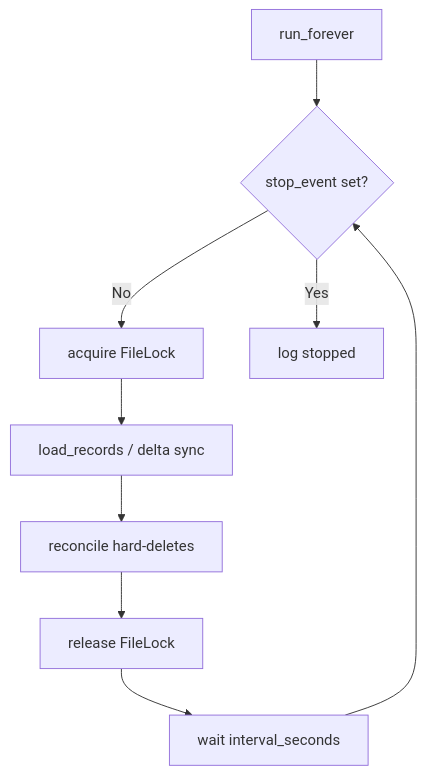
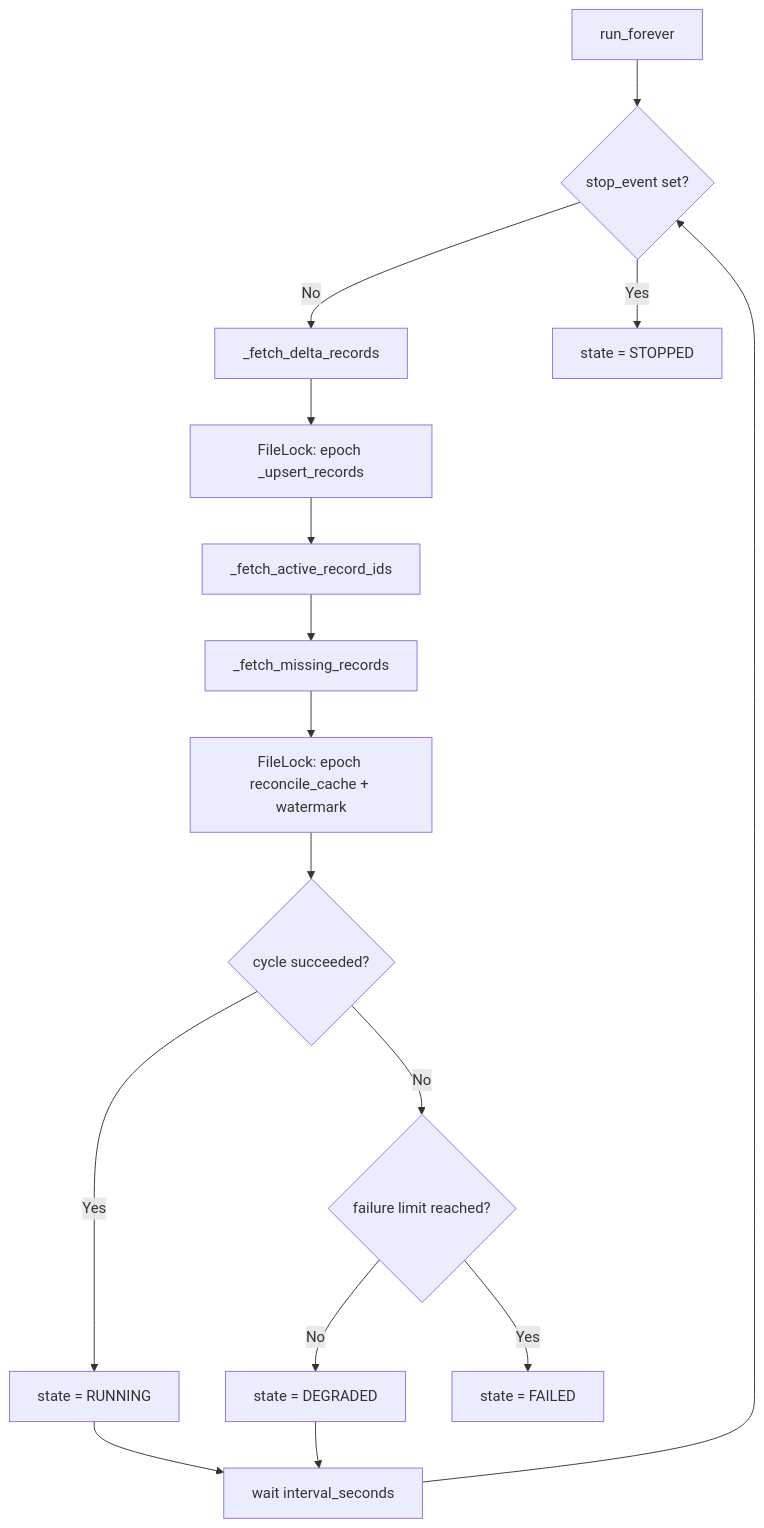
The diagram in docs/diagrams/workflow_interactions_12.mmd (fderuiter/imednet-toolkit), drawn with Mermaid before and after one commit. The commit also changed 10 other files, not shown here.

Commit message:
feat(workflows): add SQLite sync epoch state machine and SyncWorker lifecycle

```diff
--- a/docs/diagrams/workflow_interactions_12.mmd
+++ b/docs/diagrams/workflow_interactions_12.mmd
@@ -1,11 +1,18 @@
 graph TD
-    accTitle: Continuous Delta Sync and FileLock Reconciliation Loop
-    accDescr: Flowchart showing run_forever acquiring a FileLock, performing delta record sync and hard-delete reconciliation, releasing the lock, and waiting until stopped
+    accTitle: Epoch-Fenced Delta Sync and SyncWorker Health Lifecycle
+    accDescr: Flowchart showing SyncWorker running lock-free remote delta and active-ID fetches, short FileLock epoch-stamped SQLite upserts and epoch-fenced orphan reconciliation, and transitioning across RUNNING, DEGRADED, FAILED, and STOPPED states
     A[run_forever] --> B{stop_event set?}
-    B -- No --> C[acquire FileLock]
-    C --> D[load_records / delta sync]
-    D --> E[reconcile hard-deletes]
-    E --> F[release FileLock]
-    F --> G[wait interval_seconds]
-    G --> B
-    B -- Yes --> H[log stopped]
+    B -- No --> C[_fetch_delta_records]
+    C --> D["FileLock: epoch _upsert_records"]
+    D --> E[_fetch_active_record_ids]
+    E --> F[_fetch_missing_records]
+    F --> G["FileLock: epoch reconcile_cache + watermark"]
+    G --> H{cycle succeeded?}
+    H -- Yes --> I[state = RUNNING]
+    I --> M[wait interval_seconds]
+    H -- No --> J{failure limit reached?}
+    J -- No --> K[state = DEGRADED]
+    K --> M
+    M --> B
+    J -- Yes --> L[state = FAILED]
+    B -- Yes --> N[state = STOPPED]
```
